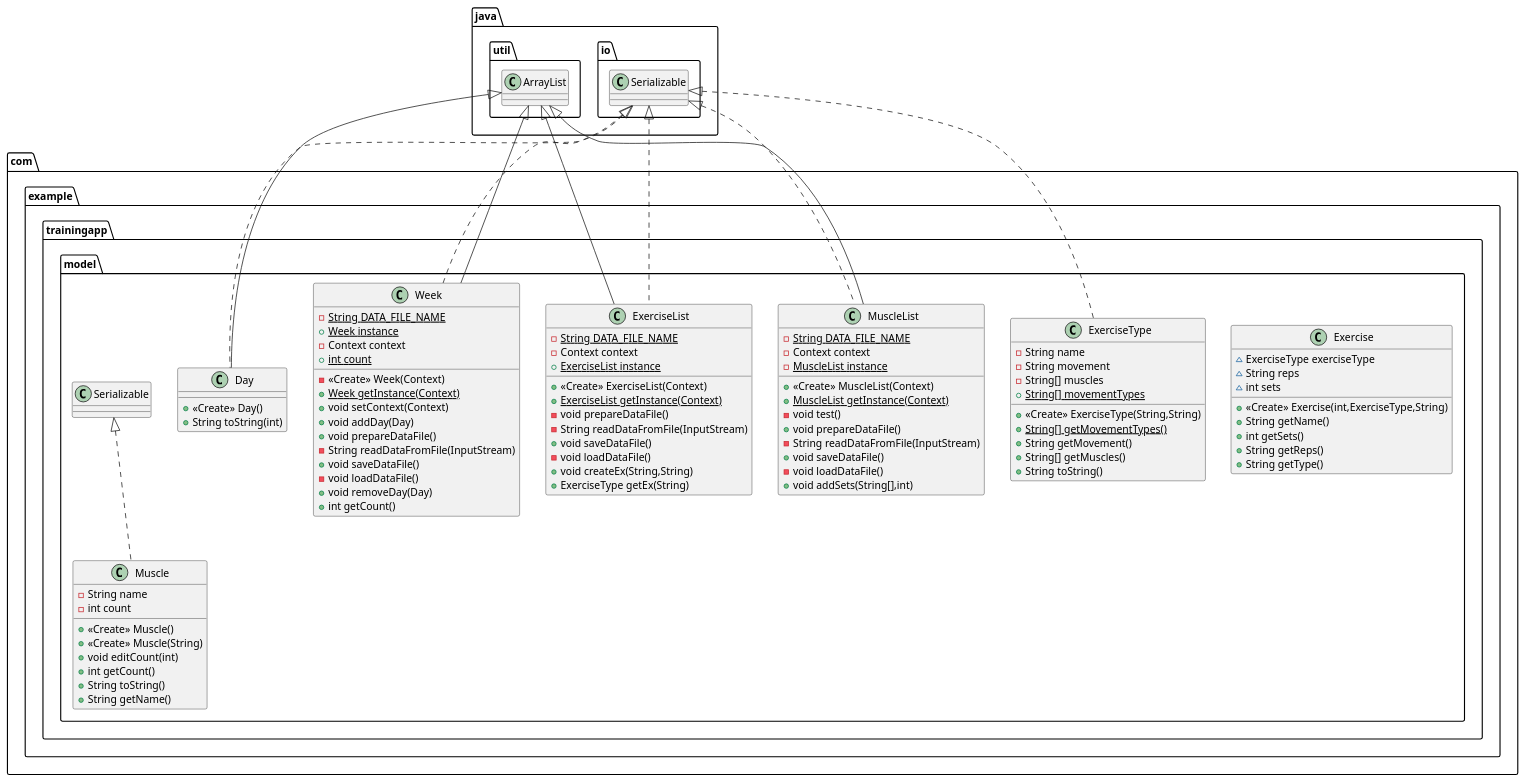
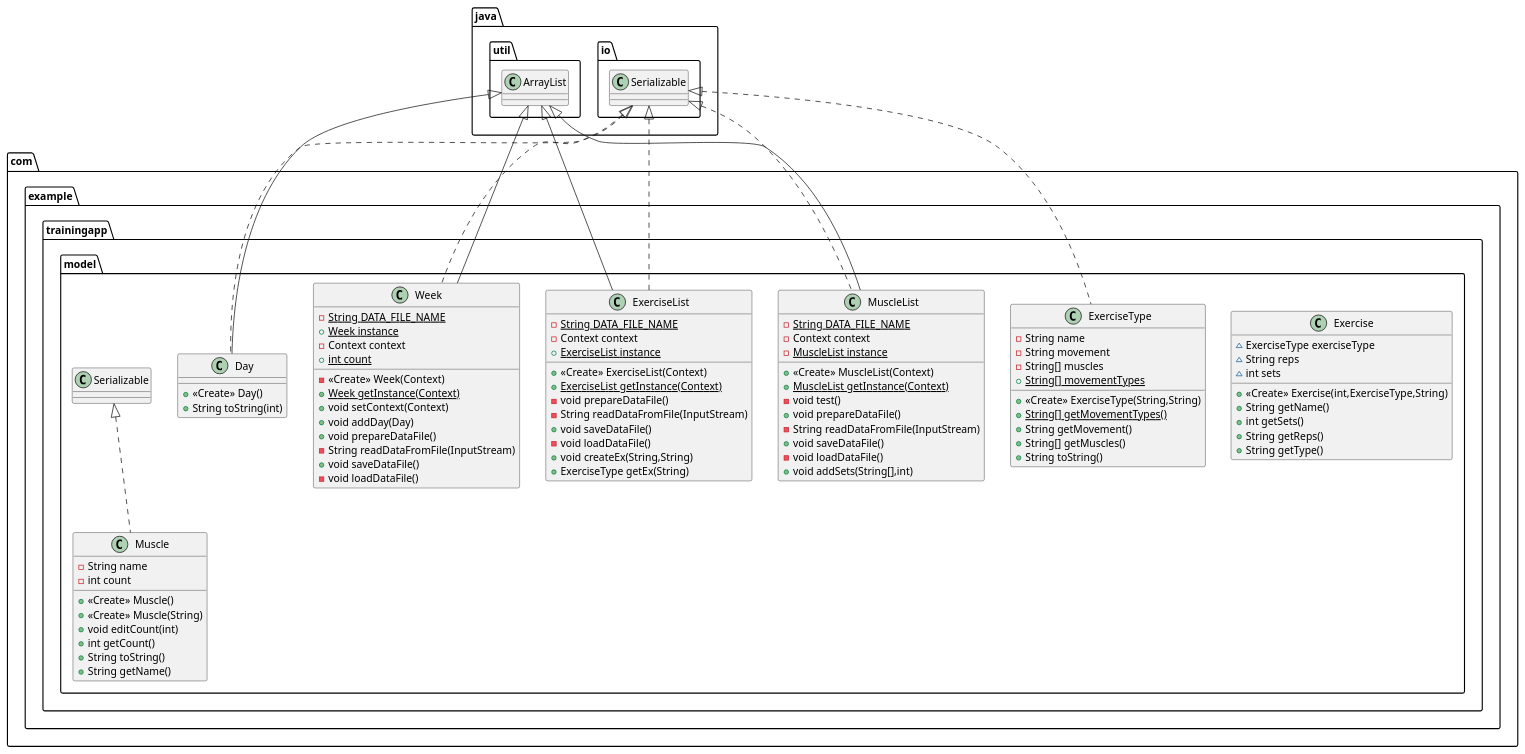
Before and after one commit to Lionco42/TrainingApp: the diagram in traininguml.puml, drawn with PlantUML. The commit also changed 11 other files, not shown here.

```diff
--- a/traininguml.puml
+++ b/traininguml.puml
@@ -1,91 +1,89 @@
 @startuml
 class com.example.trainingapp.model.Exercise {
 ~ ExerciseType exerciseType
 ~ String reps
 ~ int sets
 + <<Create>> Exercise(int,ExerciseType,String)
 + String getName()
 + int getSets()
 + String getReps()
 + String getType()
 }
 class com.example.trainingapp.model.MuscleList {
 - {static} String DATA_FILE_NAME
 - Context context
 - {static} MuscleList instance
 + <<Create>> MuscleList(Context)
 + {static} MuscleList getInstance(Context)
 - void test()
 + void prepareDataFile()
 - String readDataFromFile(InputStream)
 + void saveDataFile()
 - void loadDataFile()
 + void addSets(String[],int)
 }
 class com.example.trainingapp.model.ExerciseList {
 - {static} String DATA_FILE_NAME
 - Context context
 + {static} ExerciseList instance
 + <<Create>> ExerciseList(Context)
 + {static} ExerciseList getInstance(Context)
 - void prepareDataFile()
 - String readDataFromFile(InputStream)
 + void saveDataFile()
 - void loadDataFile()
 + void createEx(String,String)
 + ExerciseType getEx(String)
 }
 class com.example.trainingapp.model.ExerciseType {
 - String name
 - String movement
 - String[] muscles
 + {static} String[] movementTypes
 + <<Create>> ExerciseType(String,String)
 + {static} String[] getMovementTypes()
 + String getMovement()
 + String[] getMuscles()
 + String toString()
 }
 class com.example.trainingapp.model.Day {
 + <<Create>> Day()
 + String toString(int)
 }
 class com.example.trainingapp.model.Week {
 - {static} String DATA_FILE_NAME
 + {static} Week instance
 - Context context
 + {static} int count
 - <<Create>> Week(Context)
 + {static} Week getInstance(Context)
 + void setContext(Context)
 + void addDay(Day)
 + void prepareDataFile()
 - String readDataFromFile(InputStream)
 + void saveDataFile()
 - void loadDataFile()
-+ void removeDay(Day)
-+ int getCount()
 }
 class com.example.trainingapp.model.Muscle {
 - String name
 - int count
 + <<Create>> Muscle()
 + <<Create>> Muscle(String)
 + void editCount(int)
 + int getCount()
 + String toString()
 + String getName()
 }
 
 
 java.io.Serializable <|.. com.example.trainingapp.model.MuscleList
 java.util.ArrayList <|-- com.example.trainingapp.model.MuscleList
 java.io.Serializable <|.. com.example.trainingapp.model.ExerciseList
 java.util.ArrayList <|-- com.example.trainingapp.model.ExerciseList
 java.io.Serializable <|.. com.example.trainingapp.model.ExerciseType
 java.io.Serializable <|.. com.example.trainingapp.model.Day
 java.util.ArrayList <|-- com.example.trainingapp.model.Day
 java.io.Serializable <|.. com.example.trainingapp.model.Week
 java.util.ArrayList <|-- com.example.trainingapp.model.Week
 com.example.trainingapp.model.Serializable <|.. com.example.trainingapp.model.Muscle
 @enduml
```
